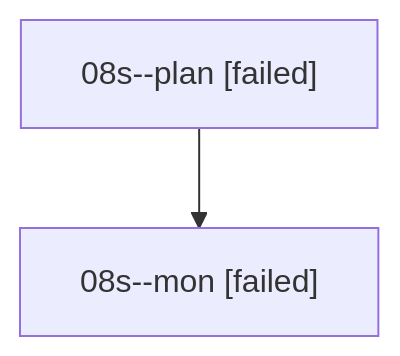
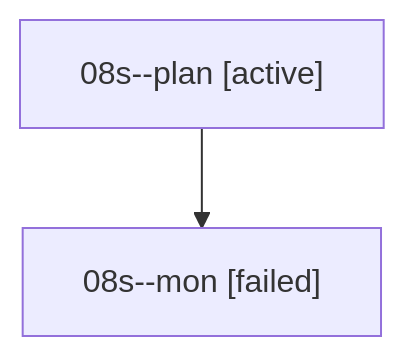
Before and after one commit to sase-org/sase--agents: the diagram in families/bbugyi200.athena.08s.md, drawn with Mermaid. The commit also changed other lines of this file and 35830 other files, not shown here.

````diff
--- a/families/bbugyi200.athena.08s.md
+++ b/families/bbugyi200.athena.08s.md
@@ -9,6 +9,6 @@
 ```mermaid
 flowchart TD
-  n0["08s--plan [failed]"]
+  n0["08s--plan [active]"]
   n1["08s--mon [failed]"]
   n0 --> n1
 ```
````
